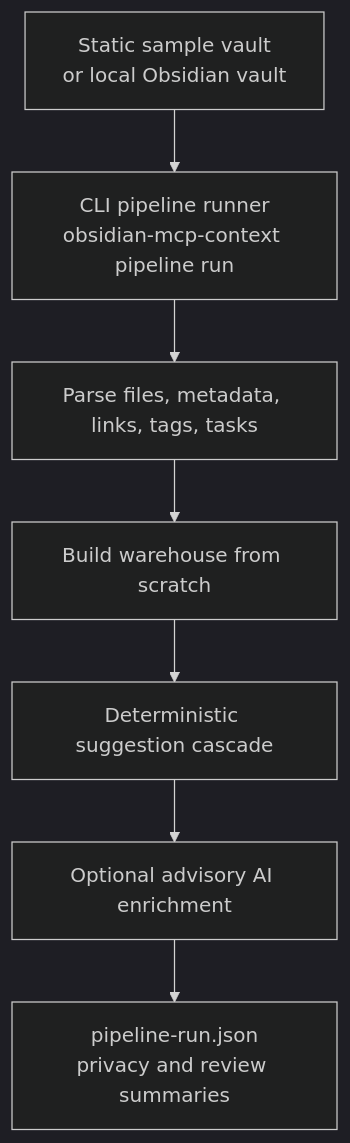
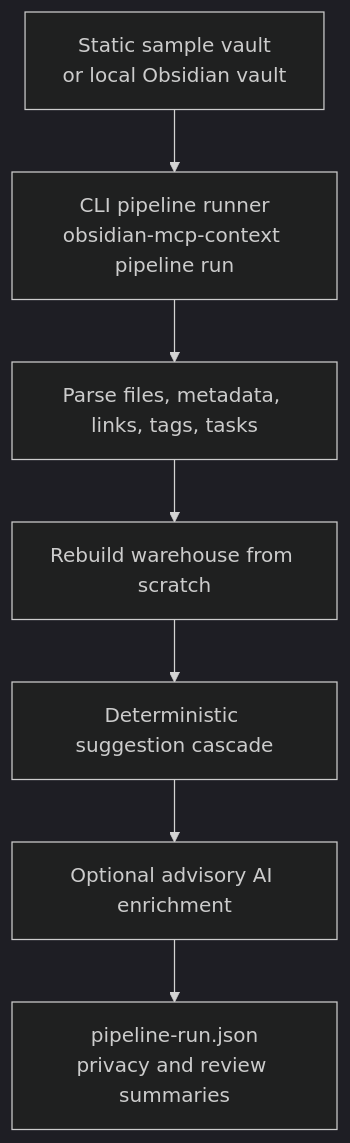
Before and after one commit to gavinsomers/obsidian-mcp-context: the second of 2 diagrams in docs/architecture.md, drawn with Mermaid (dark theme). The commit also changed other lines of this file and 28 other files, not shown here.

````diff
--- a/docs/architecture.md
+++ b/docs/architecture.md
@@ -58,17 +58,17 @@
 ```mermaid
 flowchart TD
   source["Static sample vault<br/>or local Obsidian vault"]
   runner["CLI pipeline runner<br/>obsidian-mcp-context pipeline run"]
   parse["Parse files, metadata, links, tags, tasks"]
-  warehouse["Build warehouse from scratch"]
+  warehouse["Rebuild warehouse from scratch"]
   deterministic["Deterministic suggestion cascade"]
   ai["Optional advisory AI enrichment"]
   report["pipeline-run.json<br/>privacy and review summaries"]
 
   source --> runner
   runner --> parse
   parse --> warehouse
   warehouse --> deterministic
   deterministic --> ai
   ai --> report
 ```
````
